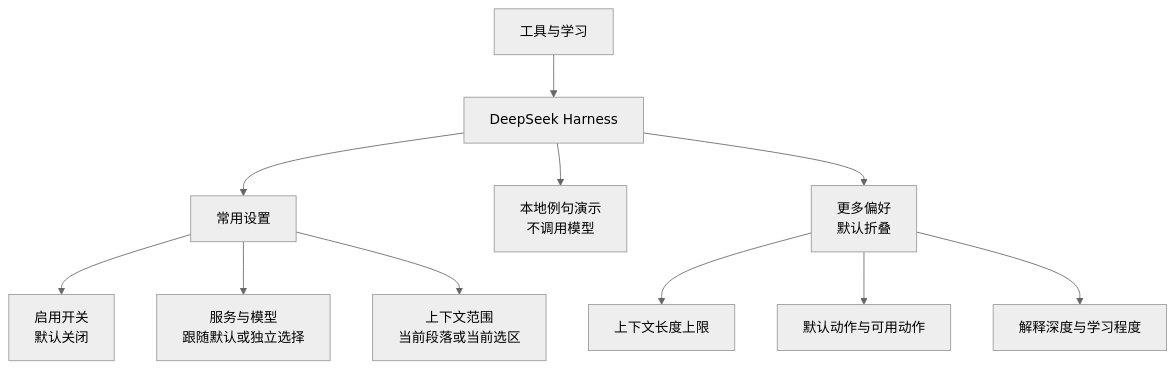
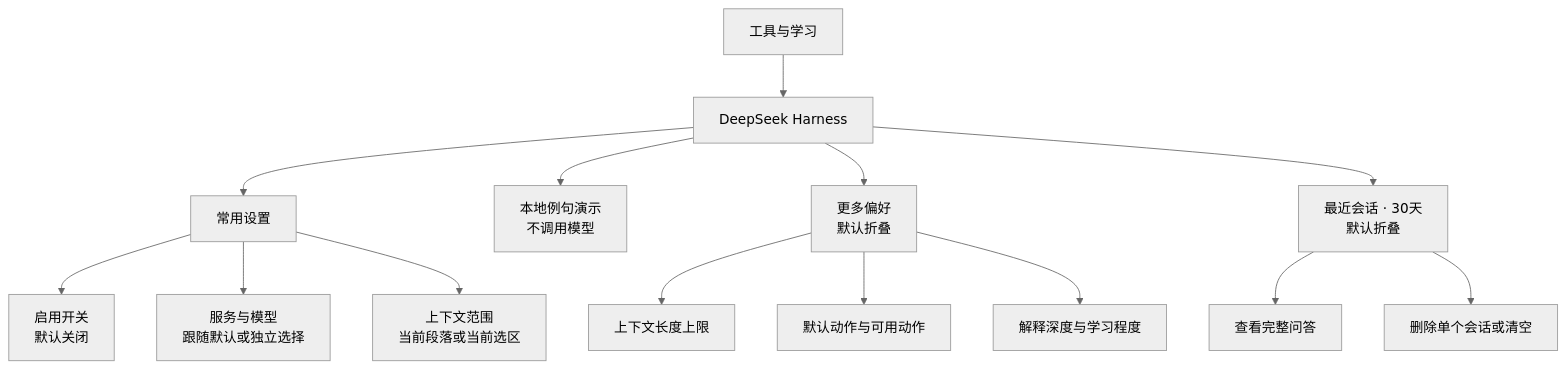
One commit to ArietidsZ/FluentRead changed the second of 4 diagrams in docs/reports/harness-reading-20260905.md. Above: the diagram before and after it, drawn with Mermaid (neutral theme). The commit also changed other lines of this file and 37 other files, not shown here.

````diff
--- a/docs/reports/harness-reading-20260905.md
+++ b/docs/reports/harness-reading-20260905.md
@@ -45,13 +51,16 @@
 ```mermaid
 flowchart TD
     A["工具与学习"] --> B["DeepSeek Harness"]
     B --> C["常用设置"]
     B --> D["本地例句演示<br/>不调用模型"]
     B --> E["更多偏好<br/>默认折叠"]
+    B --> F["最近会话 · 30天<br/>默认折叠"]
     C --> C1["启用开关<br/>默认关闭"]
     C --> C2["服务与模型<br/>跟随默认或独立选择"]
     C --> C3["上下文范围<br/>当前段落或当前选区"]
     E --> E1["上下文长度上限"]
     E --> E2["默认动作与可用动作"]
     E --> E3["解释深度与学习程度"]
+    F --> F1["查看完整问答"]
+    F --> F2["删除单个会话或清空"]
 ```
````
